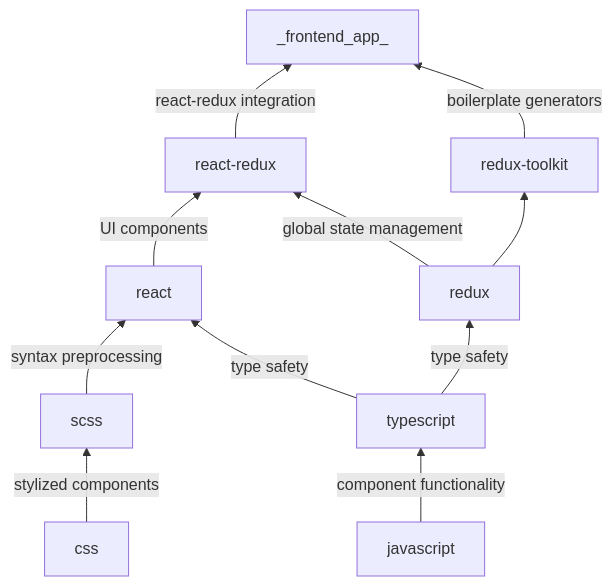
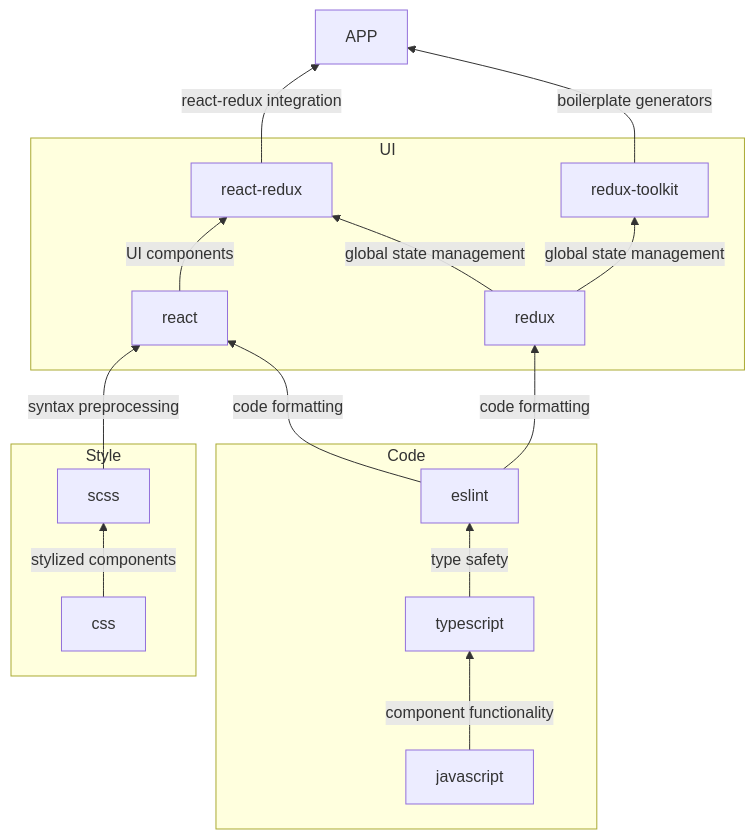
One commit to ocadotechnology/codeforlife-template-backend changed the diagram in docs/frontend/TECH-STACK.md. Above: the diagram before and after it, drawn with Mermaid. The commit also changed other lines of this file, not shown here.

Commit message:
code and style layers defined

````diff
--- a/docs/frontend/TECH-STACK.md
+++ b/docs/frontend/TECH-STACK.md
@@ -5,10 +5,17 @@
 ```mermaid
 graph BT;
-    css -->|stylized components| scss -->|syntax preprocessing| react;
-    javascript -->|component functionality| typescript -->|type safety| react & redux;
-    react -->|UI components| react-redux;
-    redux -->|global state management| react-redux;
-    redux --> redux-toolkit;
-    react-redux -->|react-redux integration| _frontend_app_;
-    redux-toolkit -->|boilerplate generators| _frontend_app_;
+    subgraph Style;
+        css -->|stylized components| scss;
+    end;
+    scss -->|syntax preprocessing| react
+    subgraph Code;
+        javascript -->|component functionality| typescript -->|type safety| eslint;
+    end;
+    eslint -->|code formatting| react & redux;
+    subgraph UI;
+        react -->|UI components| react-redux;
+        redux -->|global state management| react-redux & redux-toolkit;
+    end;
+    react-redux -->|react-redux integration| APP;
+    redux-toolkit -->|boilerplate generators| APP;
 ```
````
